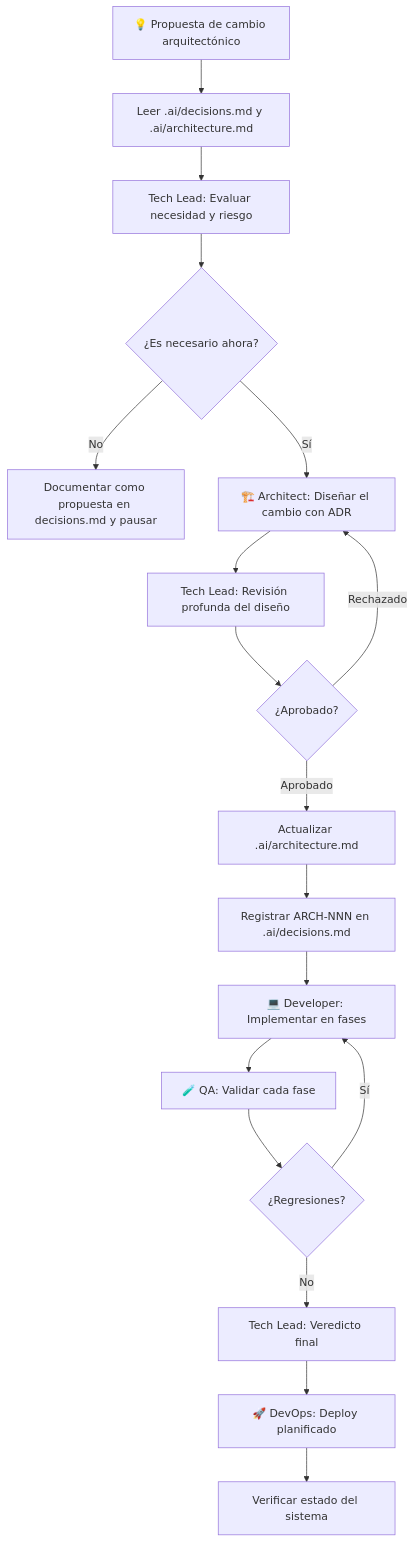
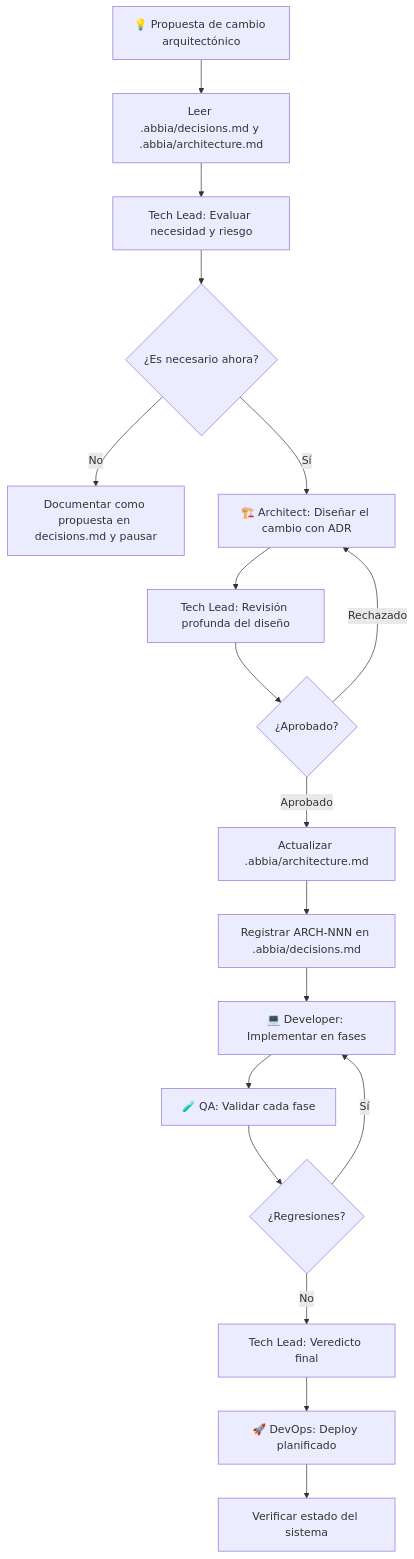
The diagram in workflows/architecture-change.md (ezequielmendoza-dev/abbia-os), drawn with Mermaid before and after one commit. The commit also changed other lines of this file and 81 other files, not shown here.

````diff
--- a/workflows/architecture-change.md
+++ b/workflows/architecture-change.md
@@ -31,20 +31,20 @@
 ```mermaid
 flowchart TD
-    A[💡 Propuesta de cambio arquitectónico] --> B[Leer .ai/decisions.md y .ai/architecture.md]
+    A[💡 Propuesta de cambio arquitectónico] --> B[Leer .abbia/decisions.md y .abbia/architecture.md]
     B --> C[Tech Lead: Evaluar necesidad y riesgo]
     C --> D{¿Es necesario ahora?}
     D -->|No| E[Documentar como propuesta en decisions.md y pausar]
     D -->|Sí| F[🏗️ Architect: Diseñar el cambio con ADR]
     F --> G[Tech Lead: Revisión profunda del diseño]
     G --> H{¿Aprobado?}
     H -->|Rechazado| F
-    H -->|Aprobado| I[Actualizar .ai/architecture.md]
-    I --> J[Registrar ARCH-NNN en .ai/decisions.md]
+    H -->|Aprobado| I[Actualizar .abbia/architecture.md]
+    I --> J[Registrar ARCH-NNN en .abbia/decisions.md]
     J --> K[💻 Developer: Implementar en fases]
     K --> L[🧪 QA: Validar cada fase]
     L --> M{¿Regresiones?}
     M -->|Sí| K
     M -->|No| N[Tech Lead: Veredicto final]
     N --> O[🚀 DevOps: Deploy planificado]
     O --> P[Verificar estado del sistema]
 ```
````
